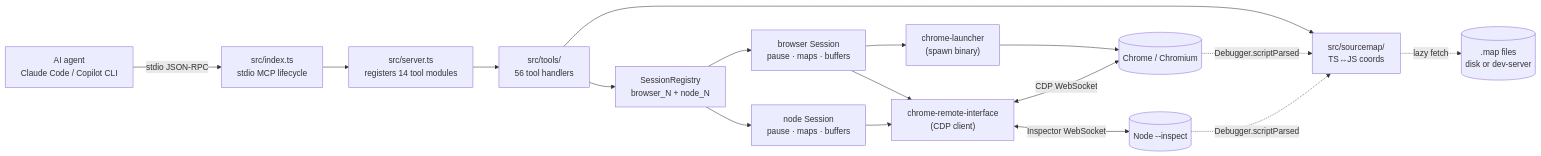
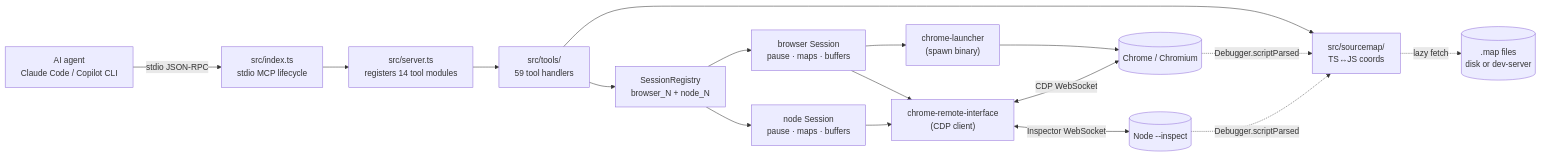
One commit to lcjanke2020/lynceus changed the first of 6 diagrams in docs/ARCHITECTURE.md. Above: the diagram before and after it, drawn with Mermaid. The commit also changed other lines of this file and 28 other files, not shown here.

````diff
--- a/docs/ARCHITECTURE.md
+++ b/docs/ARCHITECTURE.md
@@ -19,33 +19,33 @@
 ```mermaid
 flowchart LR
     Agent["AI agent<br/>Claude Code / Copilot CLI"]
     Index["src/index.ts<br/>stdio MCP lifecycle"]
     Server["src/server.ts<br/>registers 14 tool modules"]
-    Tools["src/tools/<br/>56 tool handlers"]
+    Tools["src/tools/<br/>59 tool handlers"]
     Registry["SessionRegistry<br/>browser_N + node_N"]
     BrowserState["browser Session<br/>pause · maps · buffers"]
     NodeState["node Session<br/>pause · maps · buffers"]
     Sourcemap["src/sourcemap/<br/>TS↔JS coords"]
     CRI["chrome-remote-interface<br/>(CDP client)"]
     Launcher["chrome-launcher<br/>(spawn binary)"]
     Chrome[("Chrome / Chromium")]
     Node[("Node --inspect")]
     Maps[(".map files<br/>disk or dev-server")]
 
     Agent -- "stdio JSON-RPC" --> Index
     Index --> Server
     Server --> Tools
     Tools --> Registry
     Tools --> Sourcemap
     Registry --> BrowserState
     Registry --> NodeState
     BrowserState --> CRI
     NodeState --> CRI
     BrowserState --> Launcher
     Launcher --> Chrome
     CRI <-- "CDP WebSocket" --> Chrome
     CRI <-- "Inspector WebSocket" --> Node
     Chrome -. "Debugger.scriptParsed" .-> Sourcemap
     Node -. "Debugger.scriptParsed" .-> Sourcemap
     Sourcemap -. "lazy fetch" .-> Maps
 ```
````
